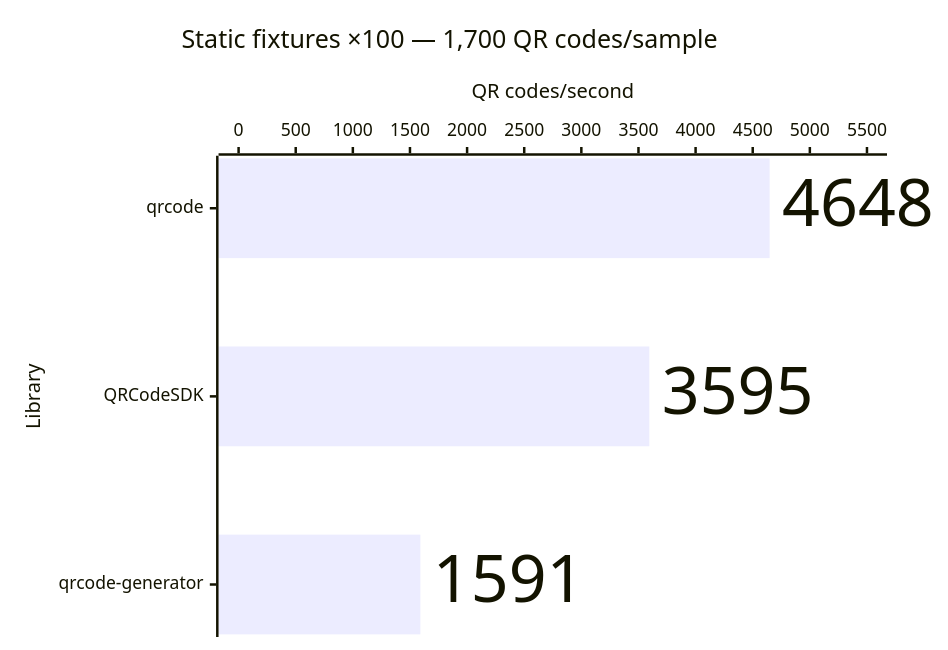
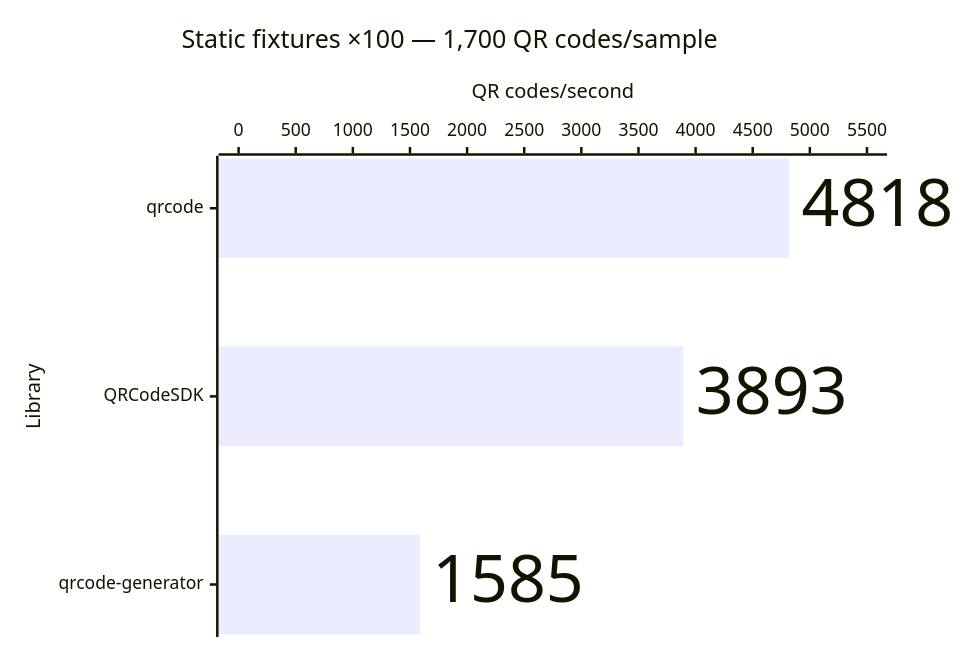
One commit to Dafnik/qrcodesdk changed the tenth of 14 diagrams in apps/docs/src/content/docs/learn/performance.md. Above: the diagram before and after it, drawn with Mermaid. The commit also changed other lines of this file, not shown here.

````diff
--- a/apps/docs/src/content/docs/learn/performance.md
+++ b/apps/docs/src/content/docs/learn/performance.md
@@ -214,15 +214,15 @@
 ```mermaid
 ---
 config:
   xyChart:
     showDataLabel: true
     showDataLabelOutsideBar: true
 ---
 xychart horizontal
   accTitle: SVG generation: Static fixtures ×100 — 1,700 QR codes/sample
-  accDescr: Throughput calculated from median time. qrcode 4,648 QR codes per second, QRCodeSDK 3,595 QR codes per second, qrcode-generator 1,591 QR codes per second. Higher is better.
+  accDescr: Throughput calculated from median time. qrcode 4,818 QR codes per second, QRCodeSDK 3,893 QR codes per second, qrcode-generator 1,585 QR codes per second. Higher is better.
   title "Static fixtures ×100 — 1,700 QR codes/sample"
   x-axis "Library" ["qrcode", "QRCodeSDK", "qrcode-generator"]
   y-axis "QR codes/second" 0 --> 5500
-  bar [4648, 3595, 1591]
+  bar [4818, 3893, 1585]
 ```
````
